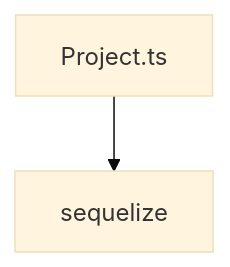
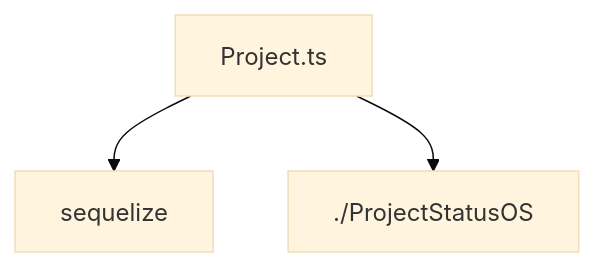
Before and after one commit to alcompstudio/studio-current: the diagram in docs/components/lib/models/Project.md, drawn with Mermaid (base theme). The commit also changed 102 other files, not shown here.

````diff
--- a/docs/components/lib/models/Project.md
+++ b/docs/components/lib/models/Project.md
@@ -7,6 +7,8 @@
 ```mermaid
 flowchart TD
     Project_ts[Project.ts]
     sequelize[sequelize]
     Project_ts --> sequelize
+    ProjectStatusOS[./ProjectStatusOS]
+    Project_ts --> ProjectStatusOS
 ```
````
